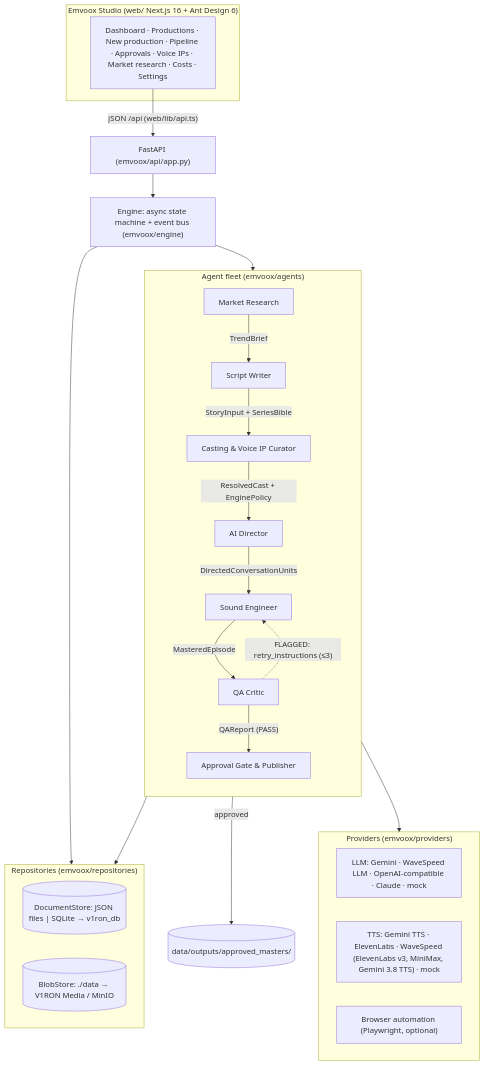
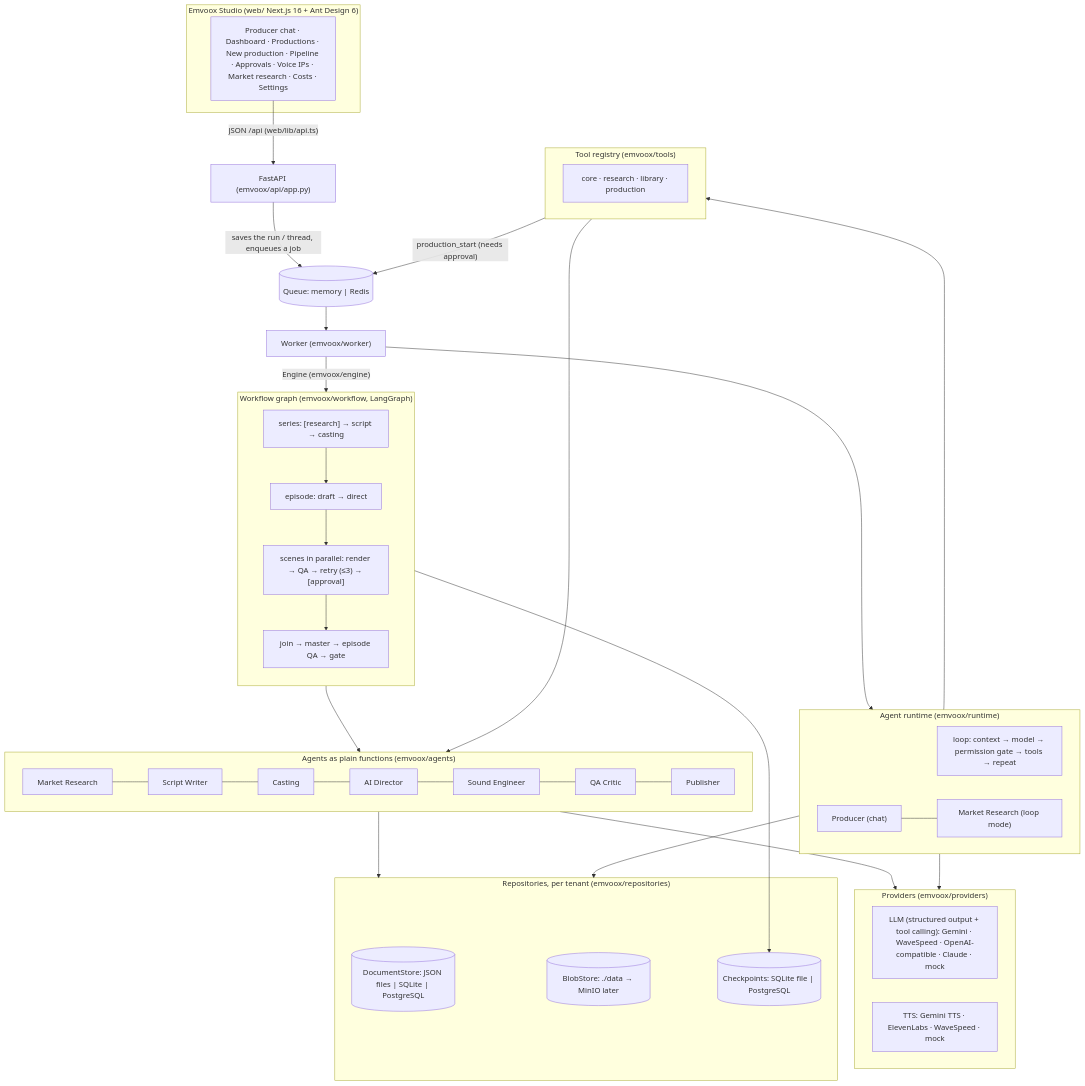
Before and after one commit to dhp-exe/ai-audio: the first of 3 diagrams in docs/ARCHITECTURE.md, drawn with Mermaid. The commit also changed other lines of this file and 96 other files, not shown here.

First line of the commit message:
feat: workflow graph, durable runs, agent runtime and Producer chat

````diff
--- a/docs/ARCHITECTURE.md
+++ b/docs/ARCHITECTURE.md
@@ -19,35 +29,50 @@
 ```mermaid
 flowchart TB
   subgraph Studio["Emvoox Studio (web/ Next.js 16 + Ant Design 6)"]
-    UI["Dashboard · Productions · New production · Pipeline · Approvals · Voice IPs · Market research · Costs · Settings"]
+    UI["Producer chat · Dashboard · Productions · New production · Pipeline · Approvals · Voice IPs · Market research · Costs · Settings"]
   end
   UI -->|"JSON /api (web/lib/api.ts)"| API["FastAPI (emvoox/api/app.py)"]
-  API --> ENG["Engine: async state machine + event bus (emvoox/engine)"]
+  API -->|"saves the run / thread, enqueues a job"| Q[("Queue: memory | Redis")]
+  Q --> W["Worker (emvoox/worker)"]
 
-  subgraph Fleet["Agent fleet (emvoox/agents)"]
+  subgraph RT["Agent runtime (emvoox/runtime)"]
+    LOOP["loop: context → model → permission gate → tools → repeat"]
+    PROD["Producer (chat)"] --- MRA["Market Research (loop mode)"]
+  end
+  subgraph TOOLS["Tool registry (emvoox/tools)"]
+    T["core · research · library · production"]
+  end
+  W --> RT
+  RT --> TOOLS
+
+  subgraph WF["Workflow graph (emvoox/workflow, LangGraph)"]
     direction TB
-    MR["Market Research"] -->|TrendBrief| SW["Script Writer"]
-    SW -->|"StoryInput + SeriesBible"| CA["Casting & Voice IP Curator"]
-    CA -->|"ResolvedCast + EnginePolicy"| DI["AI Director"]
-    DI -->|DirectedConversationUnits| SE["Sound Engineer"]
-    SE -->|MasteredEpisode| QA["QA Critic"]
-    QA -->|"QAReport (PASS)"| PU["Approval Gate & Publisher"]
-    QA -.->|"FLAGGED: retry_instructions (≤3)"| SE
+    SER["series: [research] → script → casting"] --> EP["episode: draft → direct"]
+    EP --> SC["scenes in parallel: render → QA → retry (≤3) → [approval]"]
+    SC --> JOIN["join → master → episode QA → gate"]
   end
-  ENG --> Fleet
+  W -->|"Engine (emvoox/engine)"| WF
+  TOOLS -->|"production_start (needs approval)"| Q
+
+  subgraph Fleet["Agents as plain functions (emvoox/agents)"]
+    MR["Market Research"] --- SW["Script Writer"] --- CA["Casting"] --- DI["AI Director"] --- SE["Sound Engineer"] --- QA["QA Critic"] --- PU["Publisher"]
+  end
+  WF --> Fleet
+  TOOLS --> Fleet
 
   subgraph Providers["Providers (emvoox/providers)"]
-    LLM["LLM: Gemini · WaveSpeed LLM · OpenAI-compatible · Claude · mock"]
-    TTS["TTS: Gemini TTS · ElevenLabs · WaveSpeed (ElevenLabs v3, MiniMax, Gemini 3.8 TTS) · mock"]
-    BR["Browser automation (Playwright, optional)"]
+    LLM["LLM (structured output + tool calling): Gemini · WaveSpeed · OpenAI-compatible · Claude · mock"]
+    TTS["TTS: Gemini TTS · ElevenLabs · WaveSpeed · mock"]
   end
   Fleet --> Providers
+  RT --> Providers
 
-  subgraph Data["Repositories (emvoox/repositories)"]
-    DS[("DocumentStore: JSON files | SQLite → v1ron_db")]
-    BS[("BlobStore: ./data → V1RON Media / MinIO")]
+  subgraph Data["Repositories, per tenant (emvoox/repositories)"]
+    DS[("DocumentStore: JSON files | SQLite | PostgreSQL")]
+    BS[("BlobStore: ./data → MinIO later")]
+    CP[("Checkpoints: SQLite file | PostgreSQL")]
   end
   Fleet --> Data
-  ENG --> Data
-  PU -->|approved| OUT[("data/outputs/approved_masters/")]
+  WF --> CP
+  RT --> Data
 ```
````
